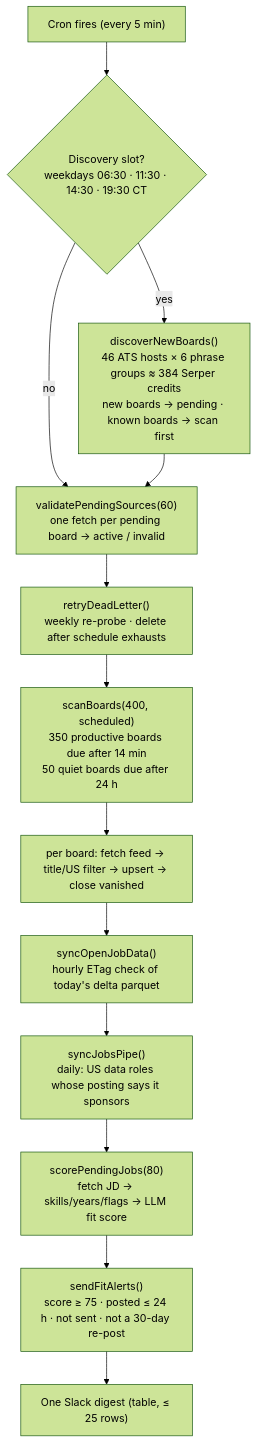
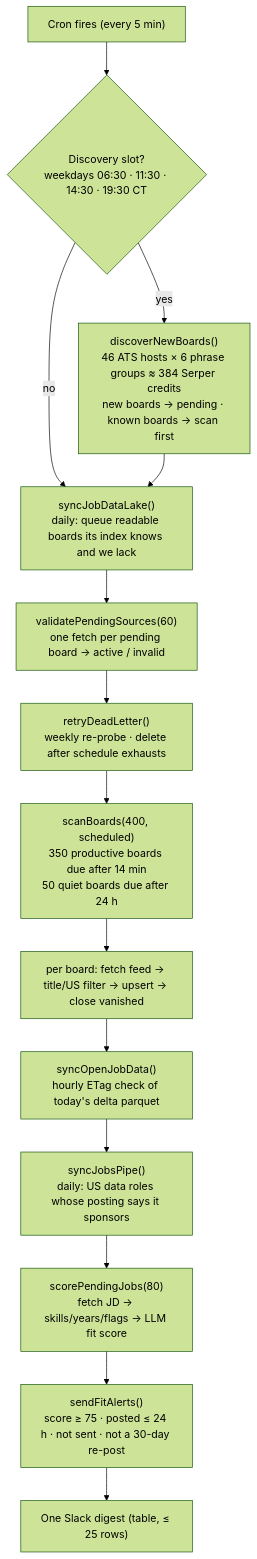
Before and after one commit to akhilesh360/sai-job-radar: the second of 2 diagrams in TECH_DESIGN.md, drawn with Mermaid (forest theme). The commit also changed other lines of this file and 5 other files, not shown here.

Commit message:
JobDataLake as a daily board finder (queues readable boards the catalog lacks); seed 17 with seven boards it surfaced

````diff
--- a/TECH_DESIGN.md
+++ b/TECH_DESIGN.md
@@ -89,15 +92,16 @@
 ```mermaid
 flowchart TD
   A["Cron fires (every 5 min)"] --> B{"Discovery slot?<br/>weekdays 06:30 · 11:30 · 14:30 · 19:30 CT"}
   B -- yes --> C["discoverNewBoards()<br/>46 ATS hosts × 6 phrase groups ≈ 384 Serper credits<br/>new boards → pending · known boards → scan first"]
-  B -- no --> D
-  C --> D["validatePendingSources(60)<br/>one fetch per pending board → active / invalid"]
+  B -- no --> C2
+  C --> C2["syncJobDataLake()<br/>daily: queue readable boards its index knows and we lack"]
+  C2 --> D["validatePendingSources(60)<br/>one fetch per pending board → active / invalid"]
   D --> E["retryDeadLetter()<br/>weekly re-probe · delete after schedule exhausts"]
   E --> F["scanBoards(400, scheduled)<br/>350 productive boards due after 14 min<br/>50 quiet boards due after 24 h"]
   F --> G["per board: fetch feed → title/US filter → upsert → close vanished"]
   G --> H["syncOpenJobData()<br/>hourly ETag check of today's delta parquet"]
   H --> H2["syncJobsPipe()<br/>daily: US data roles whose posting says it sponsors"]
   H2 --> I["scorePendingJobs(80)<br/>fetch JD → skills/years/flags → LLM fit score"]
   I --> J["sendFitAlerts()<br/>score ≥ 75 · posted ≤ 24 h · not sent · not a 30-day re-post"]
   J --> K["One Slack digest (table, ≤ 25 rows)"]
 ```
````
